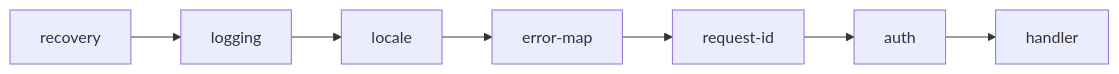
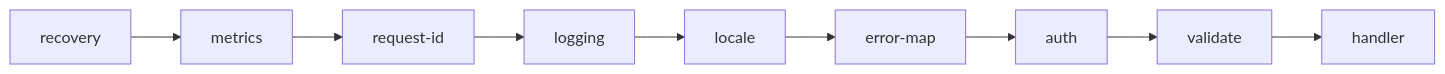
The second of 3 diagrams in docs/architecture.md (isyll/go-api-starter), drawn with Mermaid before and after one commit. The commit also changed other lines of this file and 6 other files, not shown here.

````diff
--- a/docs/architecture.md
+++ b/docs/architecture.md
@@ -38,4 +40,4 @@
 ```mermaid
 flowchart LR
-    r["recovery"] --> l["logging"] --> lc["locale"] --> em["error-map"] --> ri["request-id"] --> a["auth"] --> h["handler"]
+    r["recovery"] --> m["metrics"] --> ri["request-id"] --> l["logging"] --> lc["locale"] --> em["error-map"] --> a["auth"] --> v["validate"] --> h["handler"]
 ```
````
